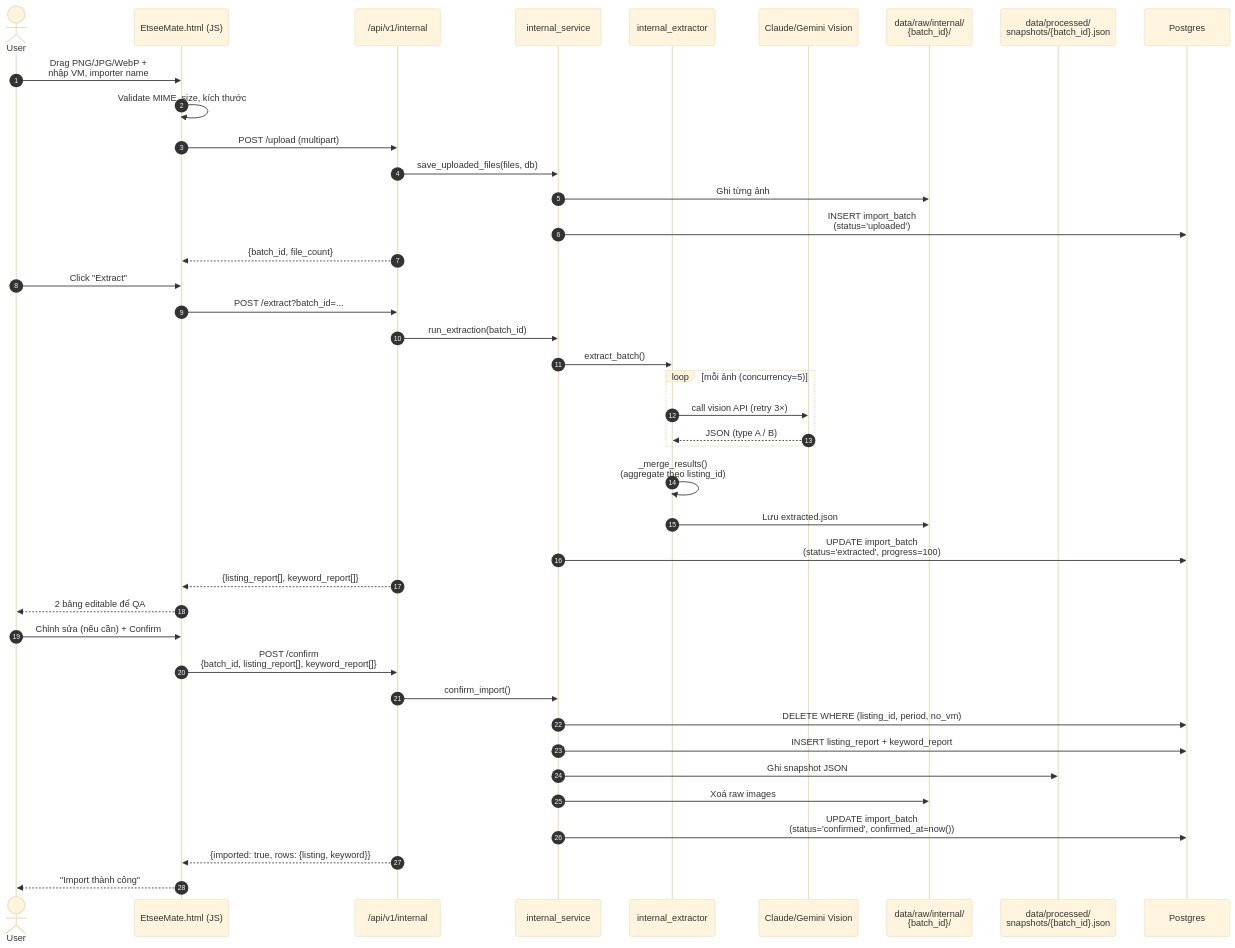
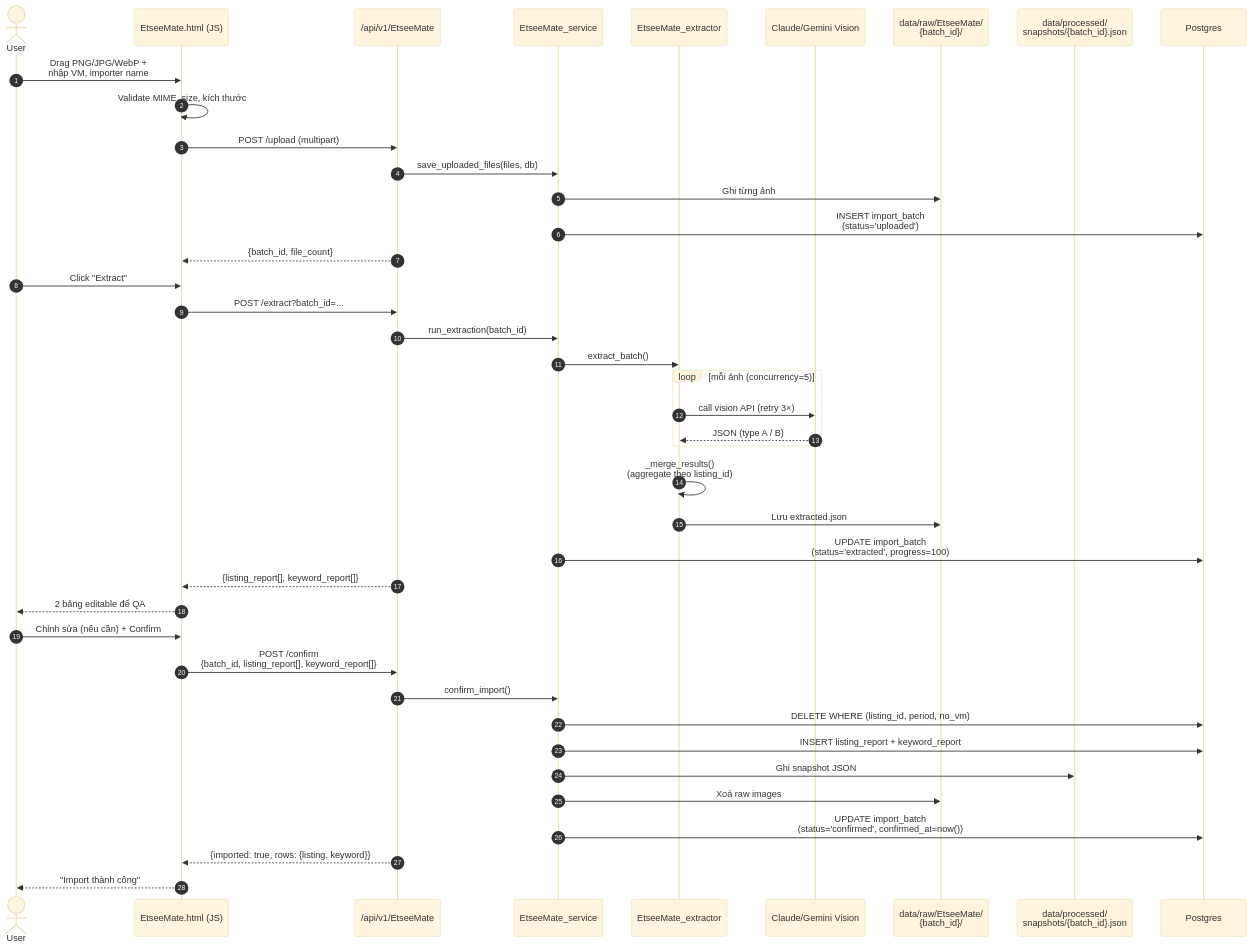
Before and after one commit to Hiienng/nguyenphamdieuhien: the second of 4 diagrams in docs/04_internal_import.md, drawn with Mermaid (base theme). The commit also changed other lines of this file and 91 other files, not shown here.

````diff
--- a/docs/04_internal_import.md
+++ b/docs/04_internal_import.md
@@ -22,46 +22,46 @@
 ```mermaid
 sequenceDiagram
     autonumber
     actor U as User
     participant FE as EtseeMate.html (JS)
-    participant API as /api/v1/internal
-    participant SVC as internal_service
-    participant EXT as internal_extractor
+    participant API as /api/v1/EtseeMate
+    participant SVC as EtseeMate_service
+    participant EXT as EtseeMate_extractor
     participant VIS as Claude/Gemini Vision
-    participant FS as data/raw/internal/<br/>{batch_id}/
+    participant FS as data/raw/EtseeMate/<br/>{batch_id}/
     participant SNAP as data/processed/<br/>snapshots/{batch_id}.json
     participant DB as Postgres
 
     U->>FE: Drag PNG/JPG/WebP +<br/>nhập VM, importer name
     FE->>FE: Validate MIME, size, kích thước
     FE->>API: POST /upload (multipart)
     API->>SVC: save_uploaded_files(files, db)
     SVC->>FS: Ghi từng ảnh
     SVC->>DB: INSERT import_batch<br/>(status='uploaded')
     API-->>FE: {batch_id, file_count}
 
     U->>FE: Click "Extract"
     FE->>API: POST /extract?batch_id=...
     API->>SVC: run_extraction(batch_id)
     SVC->>EXT: extract_batch()
     loop mỗi ảnh (concurrency=5)
         EXT->>VIS: call vision API (retry 3×)
         VIS-->>EXT: JSON (type A / B)
     end
     EXT->>EXT: _merge_results()<br/>(aggregate theo listing_id)
     EXT->>FS: Lưu extracted.json
     SVC->>DB: UPDATE import_batch<br/>(status='extracted', progress=100)
     API-->>FE: {listing_report[], keyword_report[]}
     FE-->>U: 2 bảng editable để QA
 
     U->>FE: Chỉnh sửa (nếu cần) + Confirm
     FE->>API: POST /confirm<br/>{batch_id, listing_report[], keyword_report[]}
     API->>SVC: confirm_import()
     SVC->>DB: DELETE WHERE (listing_id, period, no_vm)
     SVC->>DB: INSERT listing_report + keyword_report
     SVC->>SNAP: Ghi snapshot JSON
     SVC->>FS: Xoá raw images
     SVC->>DB: UPDATE import_batch<br/>(status='confirmed', confirmed_at=now())
     API-->>FE: {imported: true, rows: {listing, keyword}}
     FE-->>U: "Import thành công"
 ```
````
